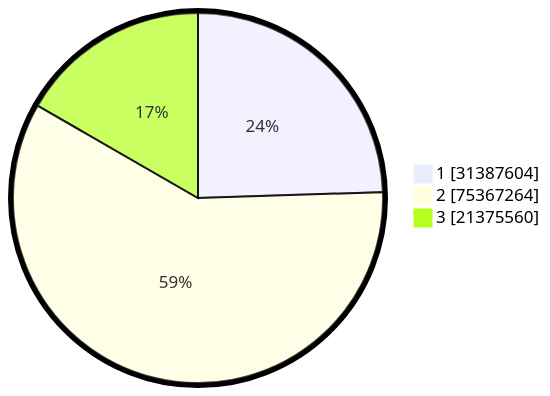
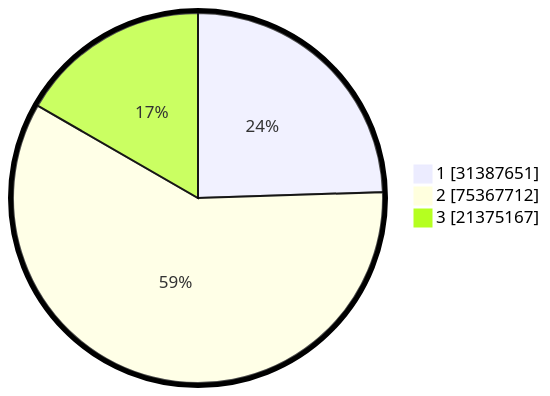
Before and after one commit to gigit-pemilu/pemilu-2024: the second of 2 diagrams in pilpres/hitung-suara/README.md, drawn with Mermaid. The commit also changed other lines of this file and 7 other files, not shown here.

````diff
--- a/pilpres/hitung-suara/README.md
+++ b/pilpres/hitung-suara/README.md
@@ -93,7 +93,7 @@
 ```mermaid
 %%{init: {"pie": {"textPosition": 0.5}, "themeVariables": {"pieOuterStrokeWidth": "5px"}} }%%
 pie showData
-    "1" : 31387604
-    "2" : 75367264
-    "3" : 21375560
+    "1" : 31387651
+    "2" : 75367712
+    "3" : 21375167
 ```
````
